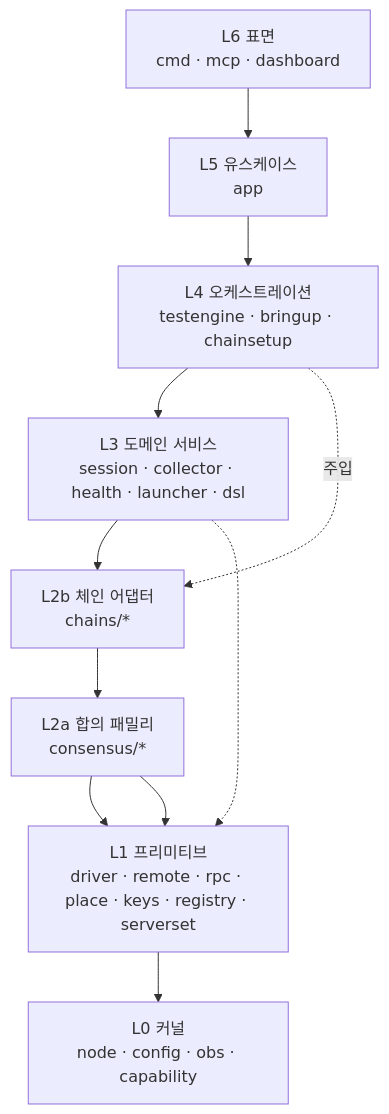
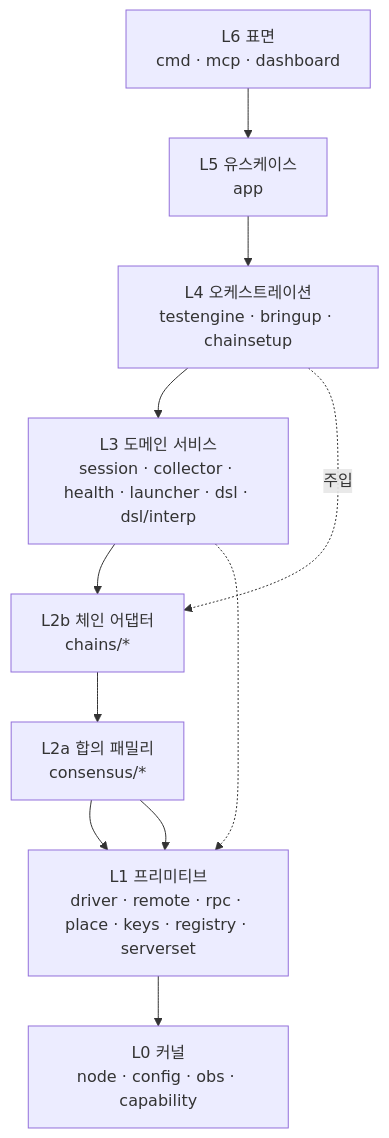
The diagram in docs/dev/architecture/layers.md (0xmhha/chainbench), drawn with Mermaid before and after one commit. The commit also changed other lines of this file and 36 other files, not shown here.

````diff
--- a/docs/dev/architecture/layers.md
+++ b/docs/dev/architecture/layers.md
@@ -62,16 +62,16 @@
 ```mermaid
 flowchart TD
     L6["L6 표면<br/>cmd · mcp · dashboard"]
     L5["L5 유스케이스<br/>app"]
     L4["L4 오케스트레이션<br/>testengine · bringup · chainsetup"]
-    L3["L3 도메인 서비스<br/>session · collector · health · launcher · dsl"]
+    L3["L3 도메인 서비스<br/>session · collector · health · launcher · dsl · dsl/interp"]
     L2b["L2b 체인 어댑터<br/>chains/*"]
     L2a["L2a 합의 패밀리<br/>consensus/*"]
     L1["L1 프리미티브<br/>driver · remote · rpc · place · keys · registry · serverset"]
     L0["L0 커널<br/>node · config · obs · capability"]
 
     L6 --> L5 --> L4 --> L3 --> L2b --> L2a --> L1 --> L0
     L4 -.주입.-> L2b
     L3 -.-> L1
     L2a --> L1
 ```
````
